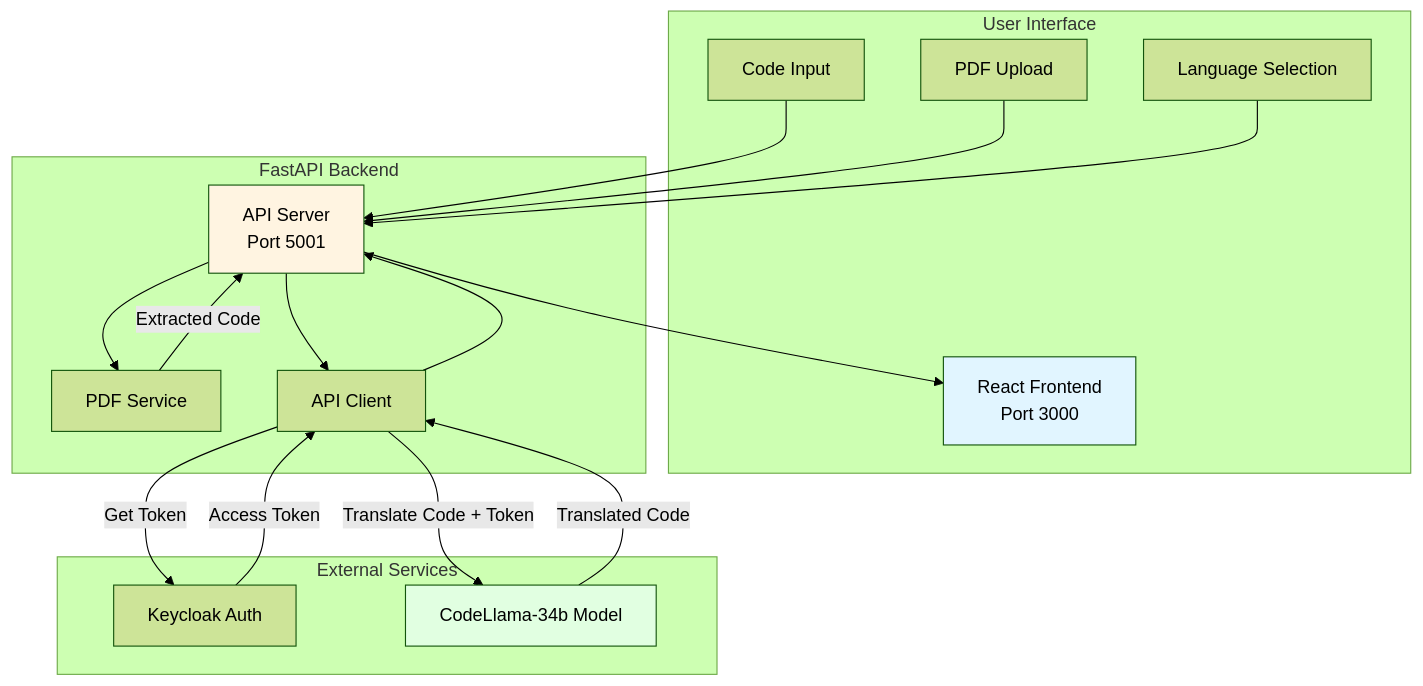
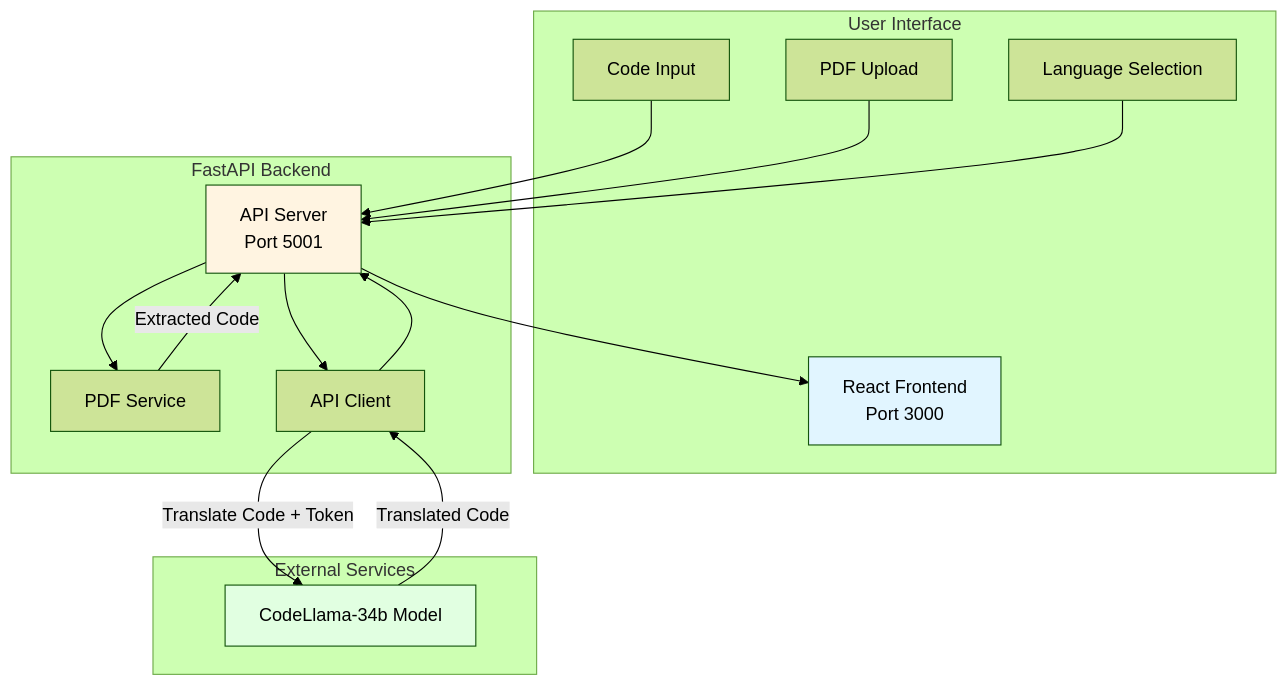
Before and after one commit to opea-project/GenAIExamples: the diagram in CodeTranslation/README.md, drawn with Mermaid (forest theme). The commit also changed other lines of this file and 6 other files, not shown here.

Commit message:
replace Keycloak authentication with token-based inference API authentication

````diff
--- a/CodeTranslation/README.md
+++ b/CodeTranslation/README.md
@@ -57,37 +56,34 @@
 ```mermaid
   graph TB
       subgraph "User Interface"
           A[React Frontend<br/>Port 3000]
           A1[Code Input]
           A2[PDF Upload]
           A3[Language Selection]
       end
 
       subgraph "FastAPI Backend"
           B[API Server<br/>Port 5001]
           C[PDF Service]
           D[API Client]
       end
 
       subgraph "External Services"
-          E[Keycloak Auth]
-          F[CodeLlama-34b Model]
+          E[CodeLlama-34b Model]
       end
 
       A1 --> B
       A2 --> B
       A3 --> B
       B --> C
       C -->|Extracted Code| B
       B --> D
-      D -->|Get Token| E
-      E -->|Access Token| D
-      D -->|Translate Code + Token| F
-      F -->|Translated Code| D
+      D -->|Translate Code + Token| E
+      E -->|Translated Code| D
       D --> B
       B --> A
 
       style A fill:#e1f5ff
       style B fill:#fff4e1
-      style F fill:#e1ffe1
+      style E fill:#e1ffe1
 ```
````
